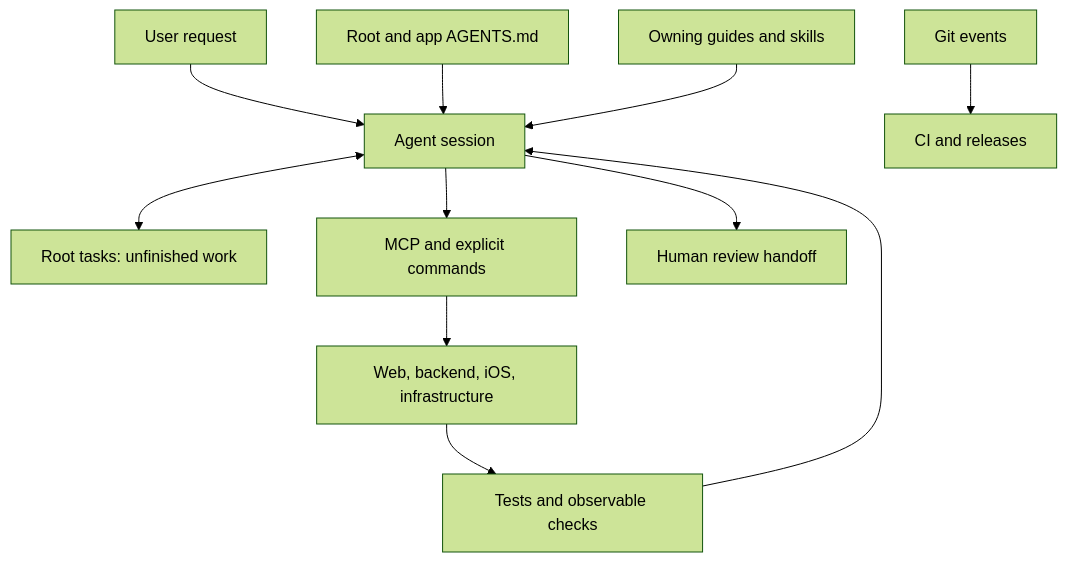
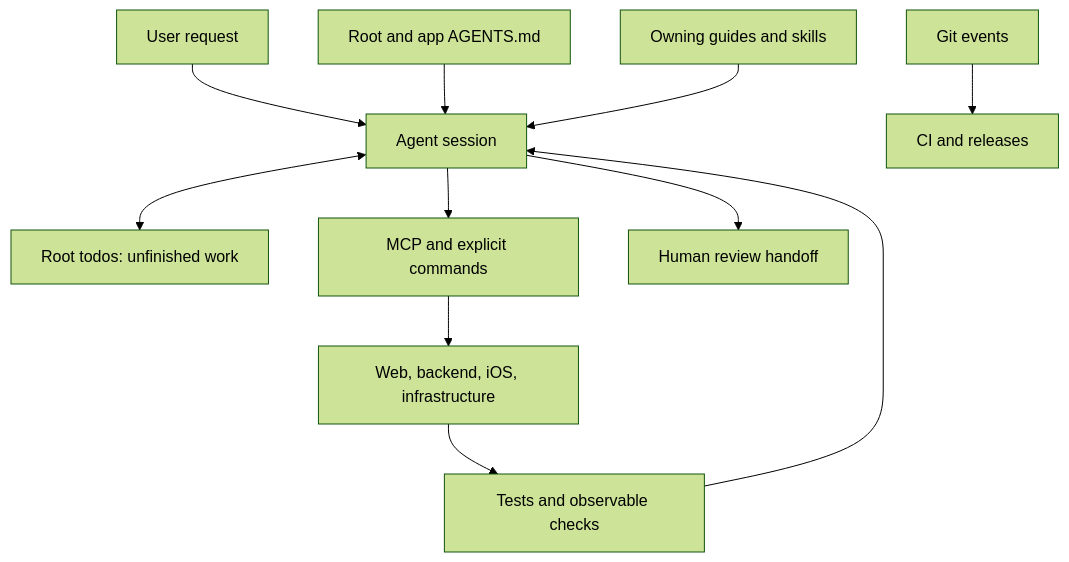
Before and after one commit to FeedbackFriends/feedback-monorepo: the diagram in docs/agent-tooling.md, drawn with Mermaid (forest theme). The commit also changed other lines of this file and 48 other files, not shown here.

````diff
--- a/docs/agent-tooling.md
+++ b/docs/agent-tooling.md
@@ -5,13 +5,13 @@
 ```mermaid
 flowchart TD
     Request[User request] --> Agent[Agent session]
     Policy[Root and app AGENTS.md] --> Agent
     Guides[Owning guides and skills] --> Agent
-    Agent <--> Tasks[Root tasks: unfinished work]
+    Agent <--> Tasks[Root todos: unfinished work]
     Agent --> Tools[MCP and explicit commands]
     Tools --> Apps[Web, backend, iOS, infrastructure]
     Apps --> Evidence[Tests and observable checks]
     Evidence --> Agent
     Agent --> Review[Human review handoff]
     Git[Git events] --> CI[CI and releases]
 ```
````
